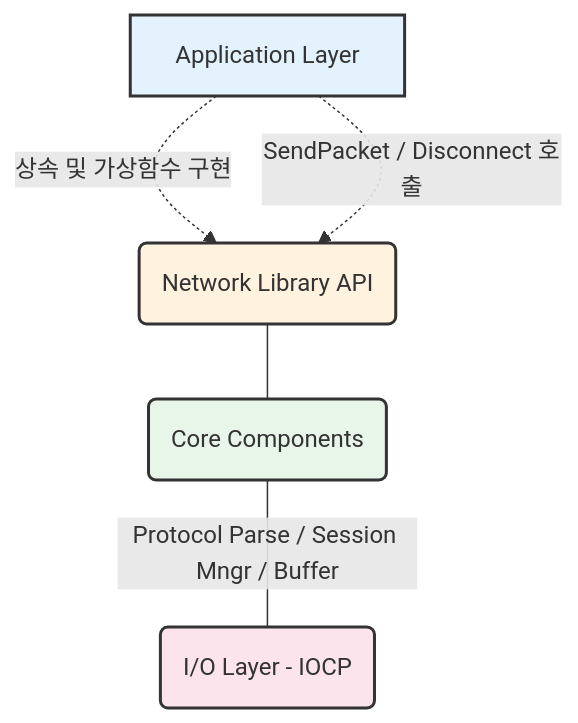
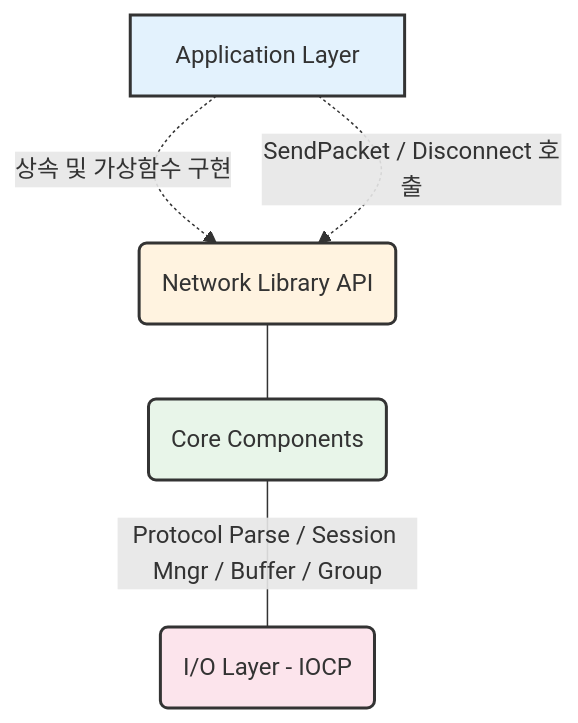
The diagram in 1. NetworkLibrary/README.md (devMains/MMORPG-Portfolio), drawn with Mermaid before and after one commit. The commit also changed other lines of this file, not shown here.

````diff
--- a/1. NetworkLibrary/README.md
+++ b/1. NetworkLibrary/README.md
@@ -35,12 +37,12 @@
 ```mermaid
 graph TD
     A[Application Layer] -.->|상속 및 가상함수 구현| B(Network Library API)
     A -.->|SendPacket / Disconnect 호출| B
     B --- C(Core Components)
-    C ---|Protocol Parse / Session Mngr / Buffer| D(I/O Layer - IOCP)
+    C ---|Protocol Parse / Session Mngr / Buffer / Group| D(I/O Layer - IOCP)
     
     style A fill:#e3f2fd,stroke:#333,stroke-width:2px
     style B fill:#fff3e0,stroke:#333,stroke-width:2px
     style C fill:#e8f5e9,stroke:#333,stroke-width:2px
     style D fill:#fce4ec,stroke:#333,stroke-width:2px
 ```
````
